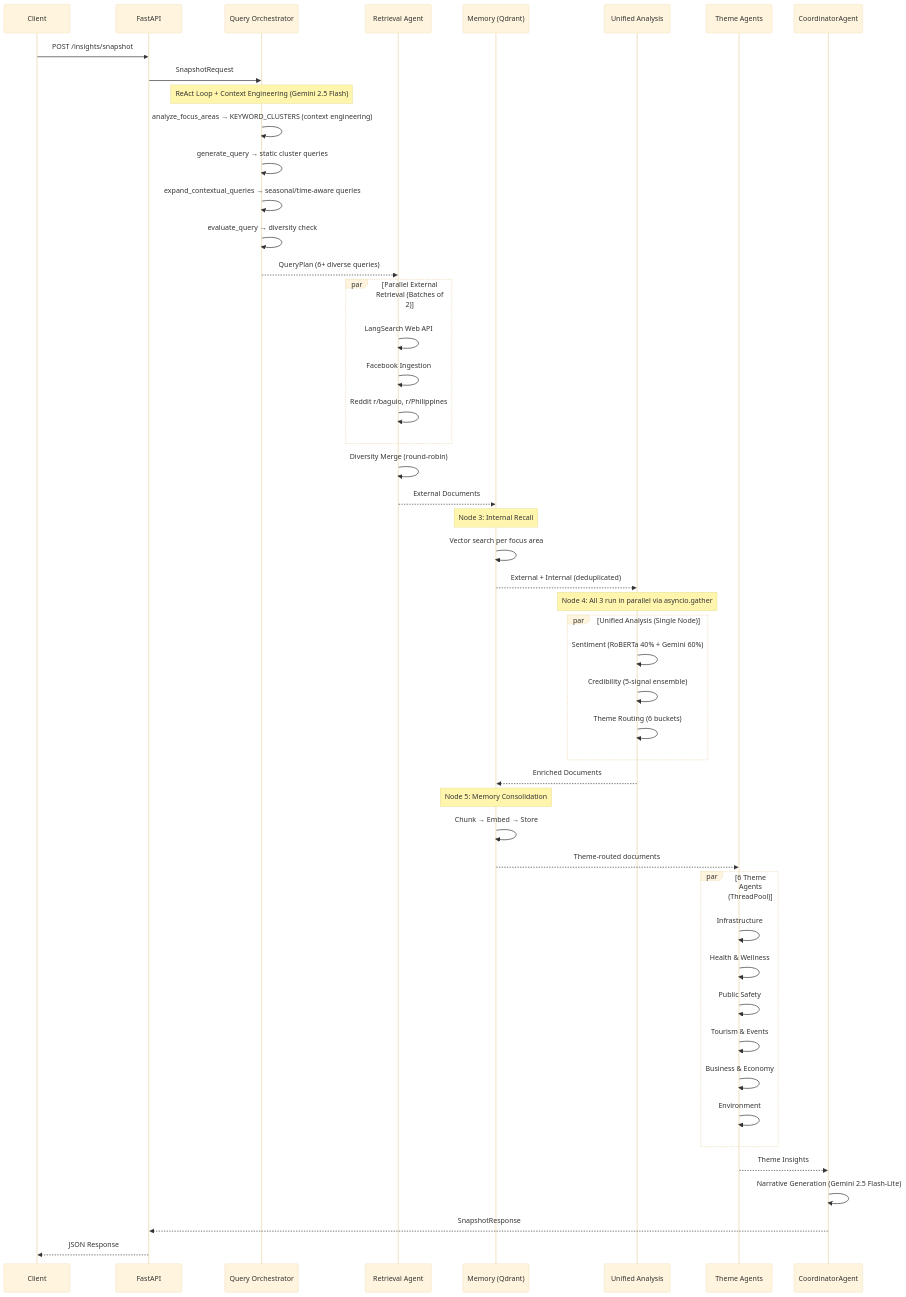
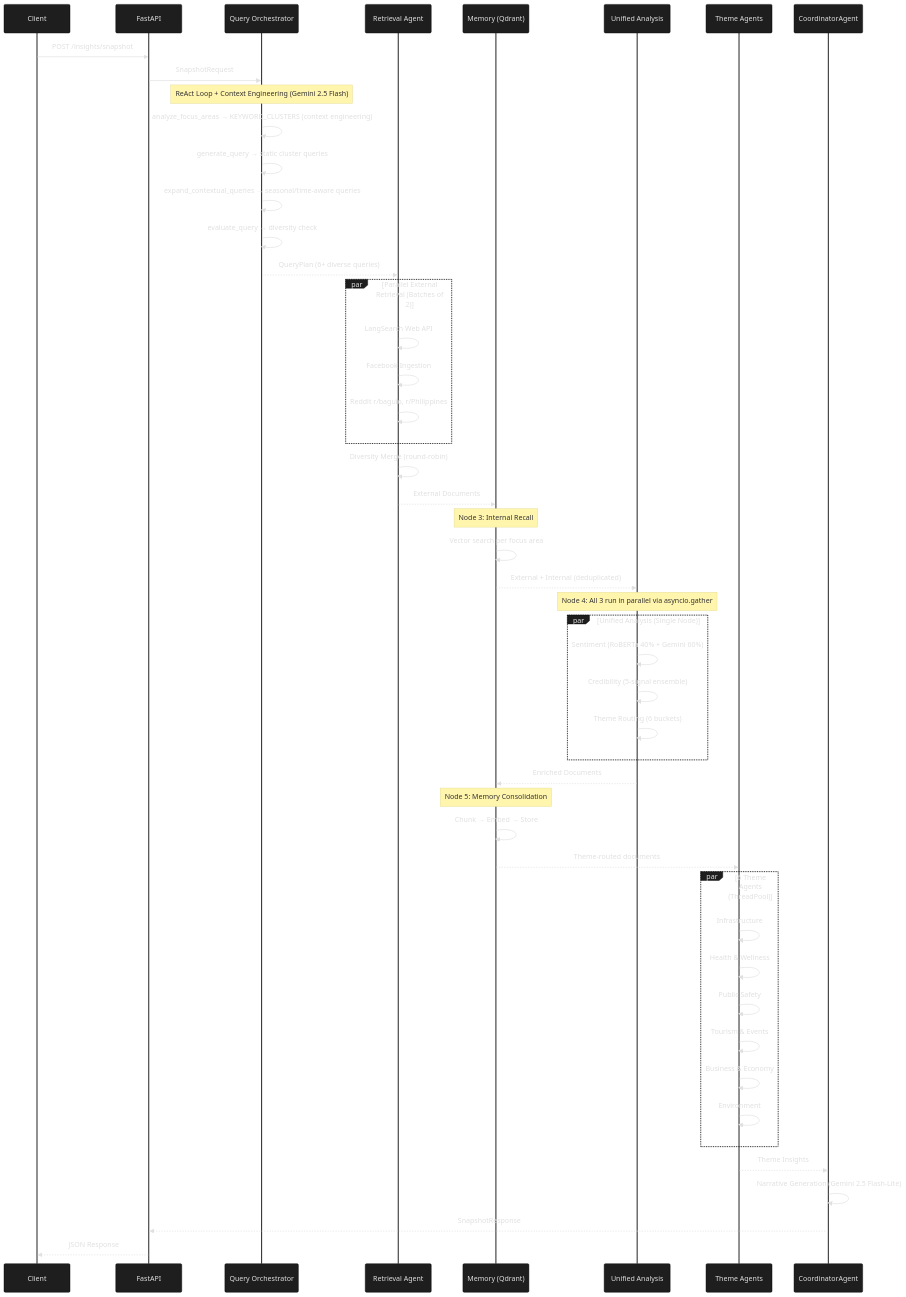
The second of 8 diagrams in docs/ARCHITECTURE.md (donyelqt/Hinaing), drawn with Mermaid before and after one commit. The commit also changed other lines of this file, not shown here.

Commit message:
docs(architecture): add dark theme color configurations to Mermaid diagrams

````diff
--- a/docs/ARCHITECTURE.md
+++ b/docs/ARCHITECTURE.md
@@ -231,63 +236,68 @@
 ```mermaid
 %%{init: {'theme': 'base', 'themeVariables': {
+  'primaryColor': '#1e1e1e',
+  'primaryTextColor': '#e0e0e0',
+  'secondaryColor': '#2d2d2d',
   'primaryFontSize': '14px',
-  'secondaryFontSize': '12px'
+  'secondaryFontSize': '12px',
+  'actorBackgroundColor': '#1e1e1e',
+  'actorBorderColor': '#e0e0e0'
  }}}%%
 sequenceDiagram
     participant Client
     participant API as FastAPI
     participant QO as Query Orchestrator
     participant RA as Retrieval Agent
     participant MEM as Memory (Qdrant)
     participant ANALYZE as Unified Analysis
     participant TA as Theme Agents
     participant GC as CoordinatorAgent
 
     Client->>API: POST /insights/snapshot
     API->>QO: SnapshotRequest
     
     Note over QO: ReAct Loop + Context Engineering (Gemini 2.5 Flash)
     QO->>QO: analyze_focus_areas → KEYWORD_CLUSTERS (context engineering)
     QO->>QO: generate_query → static cluster queries
     QO->>QO: expand_contextual_queries → seasonal/time-aware queries
     QO->>QO: evaluate_query → diversity check
     QO-->>RA: QueryPlan (6+ diverse queries)
 
     par Parallel External Retrieval (Batches of 2)
         RA->>RA: LangSearch Web API
         RA->>RA: Facebook Ingestion
         RA->>RA: Reddit r/baguio, r/Philippines
     end
     RA->>RA: Diversity Merge (round-robin)
     RA-->>MEM: External Documents
 
     Note over MEM: Node 3: Internal Recall
     MEM->>MEM: Vector search per focus area
     MEM-->>ANALYZE: External + Internal (deduplicated)
 
     Note over ANALYZE: Node 4: All 3 run in parallel via asyncio.gather
     par Unified Analysis (Single Node)
         ANALYZE->>ANALYZE: Sentiment (RoBERTa 40% + Gemini 60%)
         ANALYZE->>ANALYZE: Credibility (5-signal ensemble)
         ANALYZE->>ANALYZE: Theme Routing (6 buckets)
     end
     ANALYZE-->>MEM: Enriched Documents
 
     Note over MEM: Node 5: Memory Consolidation
     MEM->>MEM: Chunk → Embed → Store
     MEM-->>TA: Theme-routed documents
 
     par 6 Theme Agents (ThreadPool)
         TA->>TA: Infrastructure
         TA->>TA: Health & Wellness
         TA->>TA: Public Safety
         TA->>TA: Tourism & Events
         TA->>TA: Business & Economy
         TA->>TA: Environment
     end
     TA-->>GC: Theme Insights
 
     GC->>GC: Narrative Generation (Gemini 2.5 Flash-Lite)
     GC-->>API: SnapshotResponse
     API-->>Client: JSON Response
 ```
````
